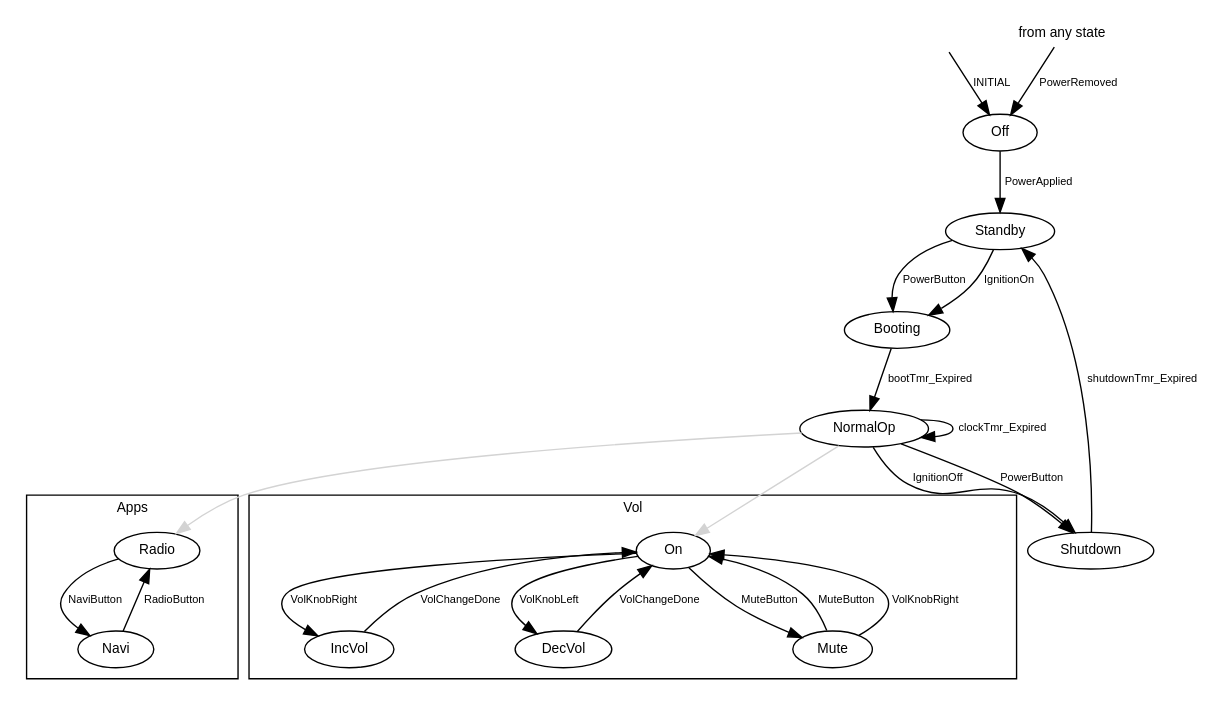
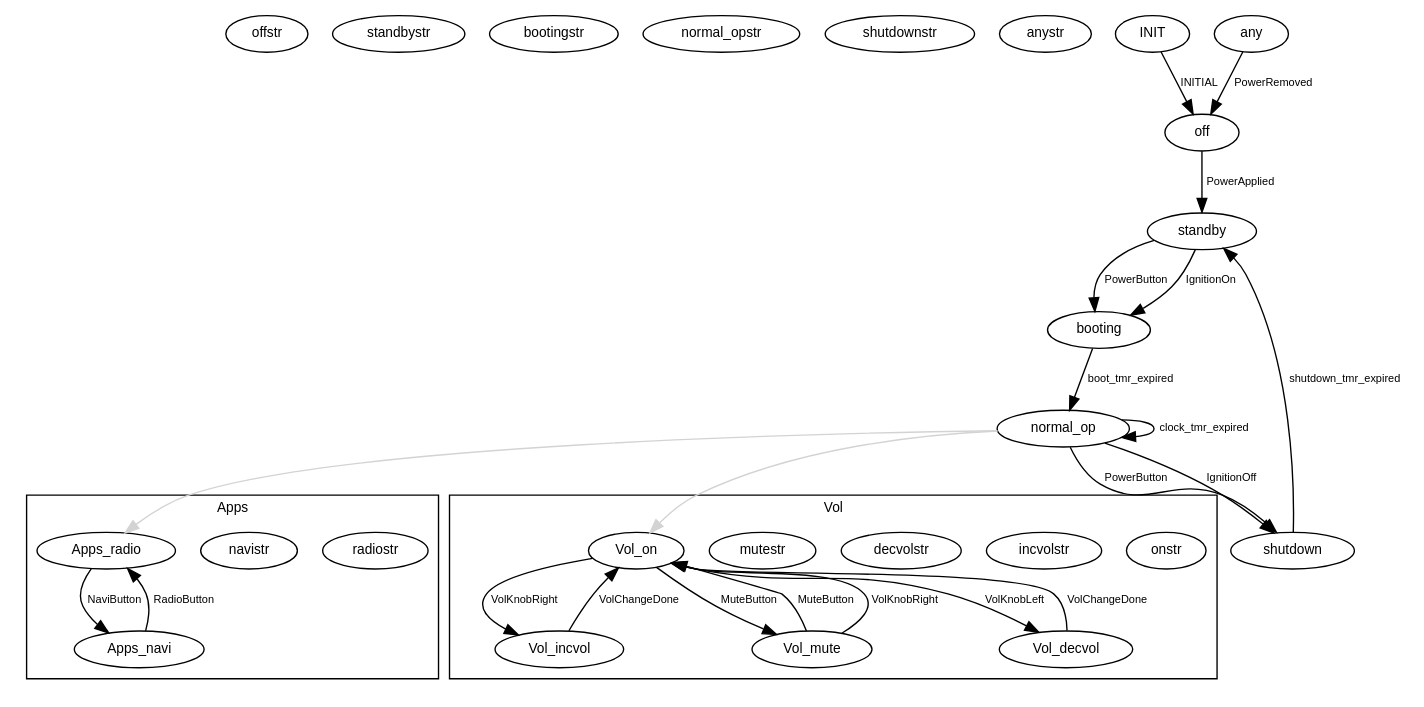
Before and after one commit to KlausPopp/Moddy: the diagram in docs/tutorials/code/output/3_carinfo_fsm.svg.gv, drawn with Graphviz. The commit also changed 16 other files, not shown here.

```diff
--- a/docs/tutorials/code/output/3_carinfo_fsm.svg.gv
+++ b/docs/tutorials/code/output/3_carinfo_fsm.svg.gv
@@ -1,46 +1,46 @@
 digraph G {
    rankdir=TB;
    graph [fontname = "helvetica" fontsize=10 fontnodesep=0.1];
    node [fontname = "helvetica" fontsize=10 shape=ellipse color=black height=.1];
    edge [fontname = "helvetica" color=black fontsize=8 fontcolor=black];
-   INIT [style=invisible];
-   Off [label=Off];
-   Standby [label=Standby];
-   Booting [label=Booting];
-   NormalOp [label=NormalOp];
-   Shutdown [label=Shutdown];
-   ANY [label="from any state" shape=none];
-   INIT -> Off [label="INITIAL"];
-   Off -> Standby [label="PowerApplied"];
-   Standby -> Booting [label="PowerButton"];
-   Standby -> Booting [label="IgnitionOn"];
-   Booting -> NormalOp [label="bootTmr_Expired"];
+   INITstr [style=invisible];
+   offstr [label=offstr];
+   standbystr [label=standbystr];
+   bootingstr [label=bootingstr];
+   normal_opstr [label=normal_opstr];
+   shutdownstr [label=shutdownstr];
+   anystr [label=anystr];
+   INIT -> off [label="INITIAL"];
+   off -> standby [label="PowerApplied"];
+   standby -> booting [label="PowerButton"];
+   standby -> booting [label="IgnitionOn"];
+   booting -> normal_op [label="boot_tmr_expired"];
    subgraph cluster_Apps {  
       label="Apps";
-      Apps_Radio [label=Radio];
-      Apps_Navi [label=Navi];
-      Apps_Radio -> Apps_Navi [label="NaviButton"];
-      Apps_Navi -> Apps_Radio [label="RadioButton"];
+      Apps_radiostr [label=radiostr];
+      Apps_navistr [label=navistr];
+      Apps_radio -> Apps_navi [label="NaviButton"];
+      Apps_navi -> Apps_radio [label="RadioButton"];
    }
-   NormalOp -> Apps_Radio [color=lightgrey];
+   normal_op -> Apps_radio [color=lightgrey];
    subgraph cluster_Vol {  
       label="Vol";
-      Vol_On [label=On];
-      Vol_IncVol [label=IncVol];
-      Vol_DecVol [label=DecVol];
-      Vol_Mute [label=Mute];
-      Vol_On -> Vol_Mute [label="MuteButton"];
-      Vol_On -> Vol_IncVol [label="VolKnobRight"];
-      Vol_On -> Vol_DecVol [label="VolKnobLeft"];
-      Vol_IncVol -> Vol_On [label="VolChangeDone"];
-      Vol_DecVol -> Vol_On [label="VolChangeDone"];
-      Vol_Mute -> Vol_On [label="MuteButton"];
-      Vol_Mute -> Vol_On [label="VolKnobRight"];
+      Vol_onstr [label=onstr];
+      Vol_incvolstr [label=incvolstr];
+      Vol_decvolstr [label=decvolstr];
+      Vol_mutestr [label=mutestr];
+      Vol_on -> Vol_mute [label="MuteButton"];
+      Vol_on -> Vol_incvol [label="VolKnobRight"];
+      Vol_on -> Vol_decvol [label="VolKnobLeft"];
+      Vol_incvol -> Vol_on [label="VolChangeDone"];
+      Vol_decvol -> Vol_on [label="VolChangeDone"];
+      Vol_mute -> Vol_on [label="MuteButton"];
+      Vol_mute -> Vol_on [label="VolKnobRight"];
    }
-   NormalOp -> Vol_On [color=lightgrey];
-   NormalOp -> Shutdown [label="PowerButton"];
-   NormalOp -> Shutdown [label="IgnitionOff"];
-   NormalOp -> NormalOp [label="clockTmr_Expired"];
-   Shutdown -> Standby [label="shutdownTmr_Expired"];
-   ANY -> Off [label="PowerRemoved"];
+   normal_op -> Vol_on [color=lightgrey];
+   normal_op -> shutdown [label="PowerButton"];
+   normal_op -> shutdown [label="IgnitionOff"];
+   normal_op -> normal_op [label="clock_tmr_expired"];
+   shutdown -> standby [label="shutdown_tmr_expired"];
+   any -> off [label="PowerRemoved"];
 }
```
